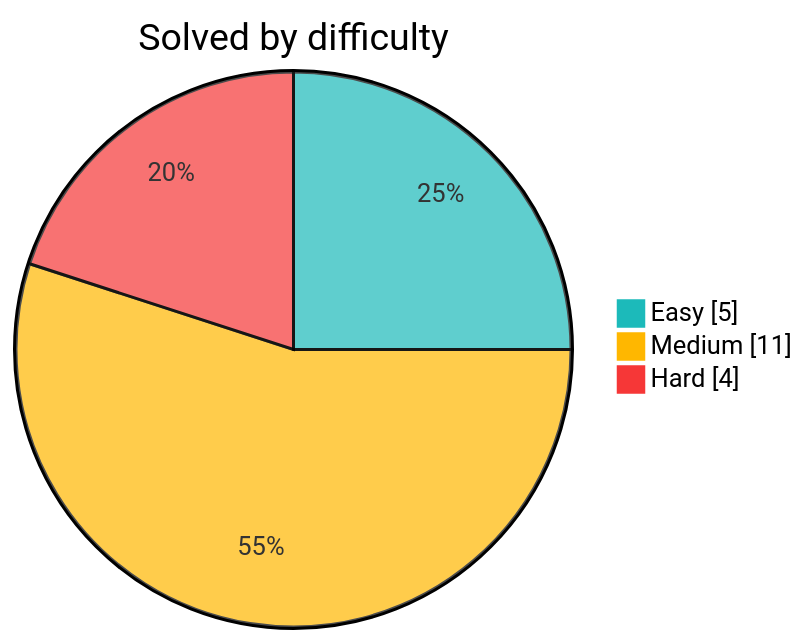
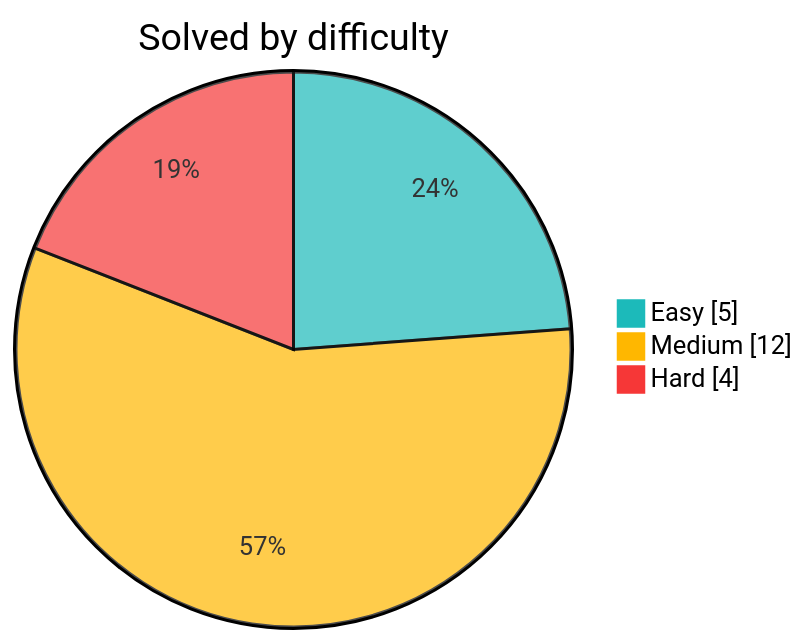
One commit to Sekler09/algorithms changed the diagram in README.md. Above: the diagram before and after it, drawn with Mermaid. The commit also changed other lines of this file and 3 other files, not shown here.

````diff
--- a/README.md
+++ b/README.md
@@ -9,8 +9,8 @@
 ```mermaid
 %%{init: {"themeVariables": {"pie1": "#1cbaba", "pie2": "#ffb700", "pie3": "#f63737"}}}%%
 pie showData
     title Solved by difficulty
     "Easy" : 5
-    "Medium" : 11
+    "Medium" : 12
     "Hard" : 4
 ```
````
